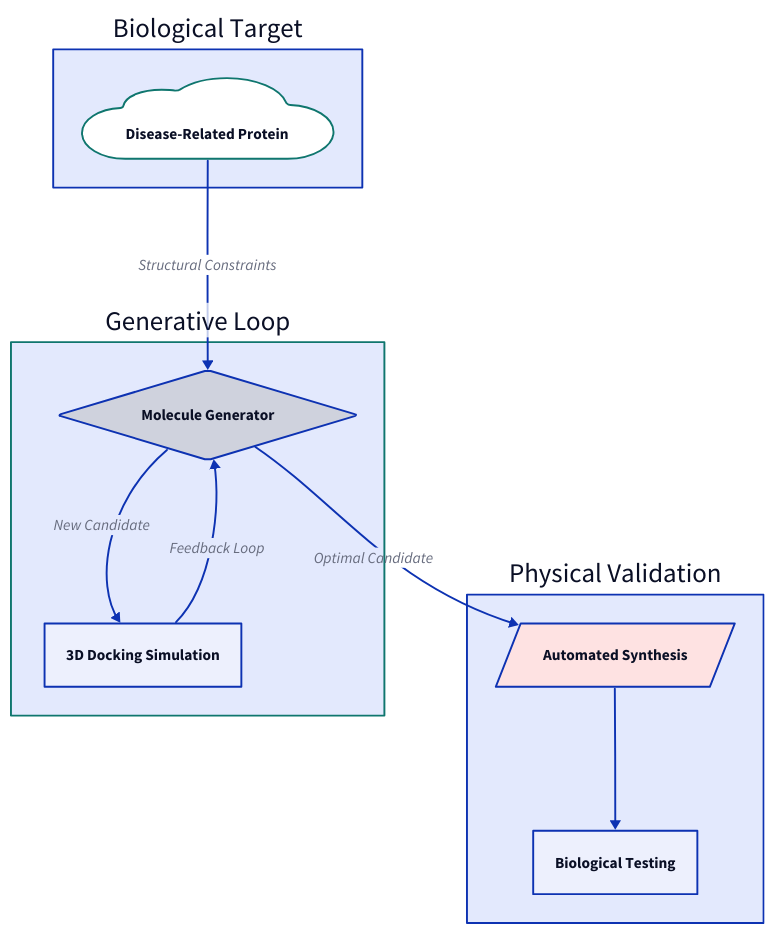
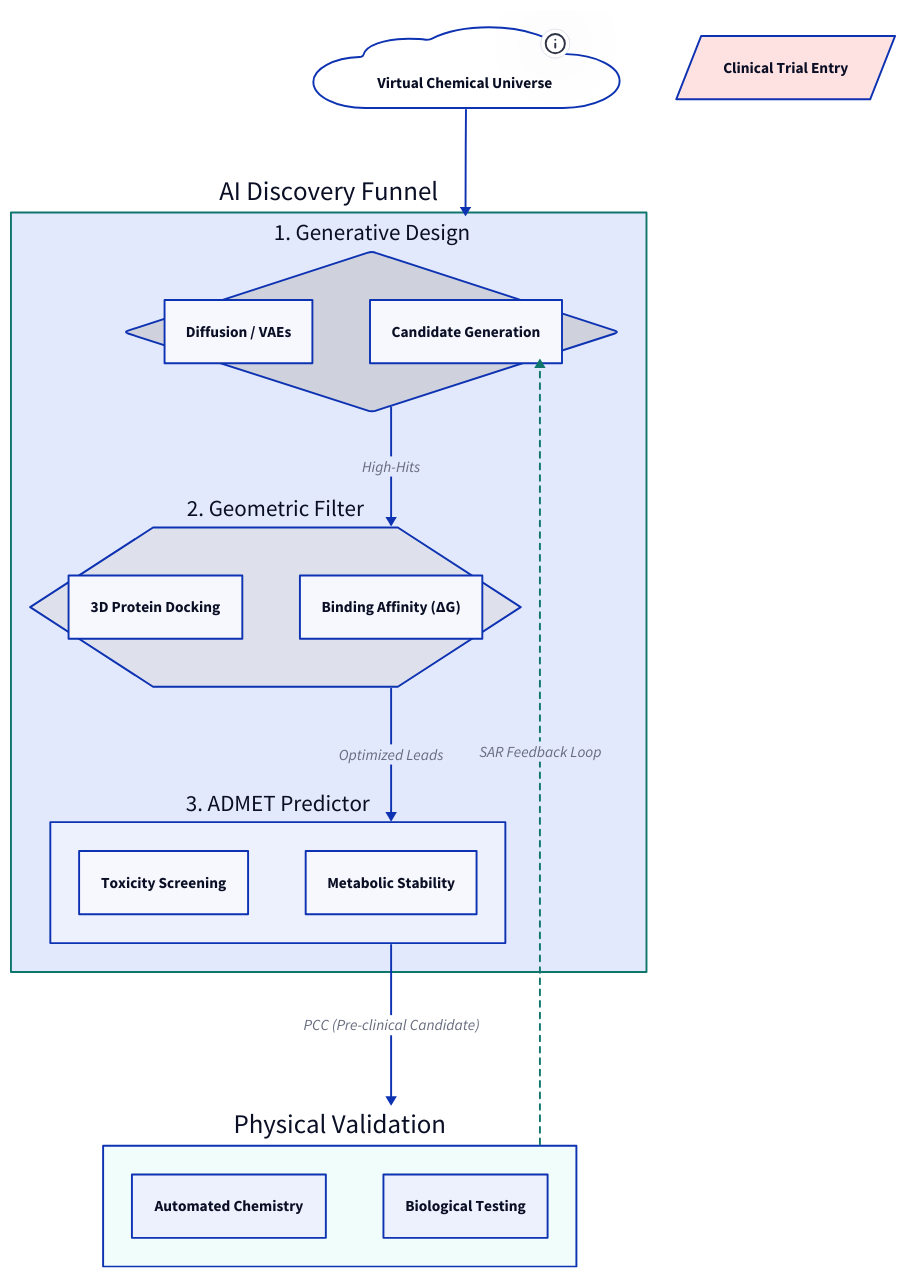
The diagram in content/articles/how-is-ai-accelerating-drug-discovery.md (s-chudmunge/eulerfold), drawn with D2 before and after one commit. The commit also changed other lines of this file and 45 other files, not shown here.

````diff
--- a/content/articles/how-is-ai-accelerating-drug-discovery.md
+++ b/content/articles/how-is-ai-accelerating-drug-discovery.md
@@ -31,34 +31,55 @@
 ```d2
 direction: down
 
-Target: "Biological Target" {
-  Protein: "Disease-Related Protein" {
-    shape: cloud
-    style: { stroke: "#0f766e" }
+ChemicalSpace: "Virtual Chemical Universe" {
+  shape: cloud
+  tooltip: "10^60 possible molecules"
+}
+
+Discovery_Pipeline: "AI Discovery Funnel" {
+  style: {
+    stroke: "#0f766e"
+    stroke-width: 2
+  }
+
+  Generative: "1. Generative Design" {
+    shape: diamond
+    Model: "Diffusion / VAEs"
+    Target: "Candidate Generation"
+  }
+
+  Physics: "2. Geometric Filter" {
+    shape: hexagon
+    Docking: "3D Protein Docking"
+    Energy: "Binding Affinity (ΔG)"
+  }
+
+  Safety: "3. ADMET Predictor" {
+    Toxicity: "Toxicity Screening"
+    Stability: "Metabolic Stability"
+  }
+
+  Generative -> Physics: "High-Hits"
+  Physics -> Safety: "Optimized Leads"
+}
+
+Lab: "Physical Validation" {
+  style: {fill: "#f0fdfa"}
+  Synthesis: "Automated Chemistry"
+  Assay: "Biological Testing"
+}
+
+ChemicalSpace -> Discovery_Pipeline.Generative
+Discovery_Pipeline.Safety -> Lab: "PCC (Pre-clinical Candidate)"
+Lab -> Discovery_Pipeline.Generative: "SAR Feedback Loop" {
+  style: {
+    stroke-dash: 3
+    stroke: "#0f766e"
   }
 }
 
-AI_Engine: "Generative Loop" {
-  style: { stroke: "#0f766e"; stroke-width: 2 }
-  Design: "Molecule Generator" {
-    shape: diamond
-  }
-  Simulation: "3D Docking Simulation" {
-    shape: rectangle
-  }
+Result: "Clinical Trial Entry" {
+  shape: parallelogram
+  style: {fill: "#fee2e2"}
 }
-
-Lab: "Physical Validation" {
-  Synthesis: "Automated Synthesis" {
-    shape: parallelogram
-    style: { fill: "#fee2e2" }
-  }
-  Assay: "Biological Testing"
-}
-
-Target.Protein -> AI_Engine.Design: "Structural Constraints"
-AI_Engine.Design -> AI_Engine.Simulation: "New Candidate"
-AI_Engine.Simulation -> AI_Engine.Design: "Feedback Loop"
-AI_Engine.Design -> Lab.Synthesis: "Optimal Candidate"
-Lab.Synthesis -> Lab.Assay
 ```
````
